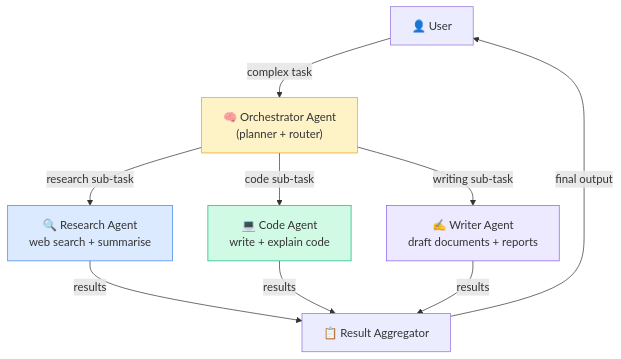
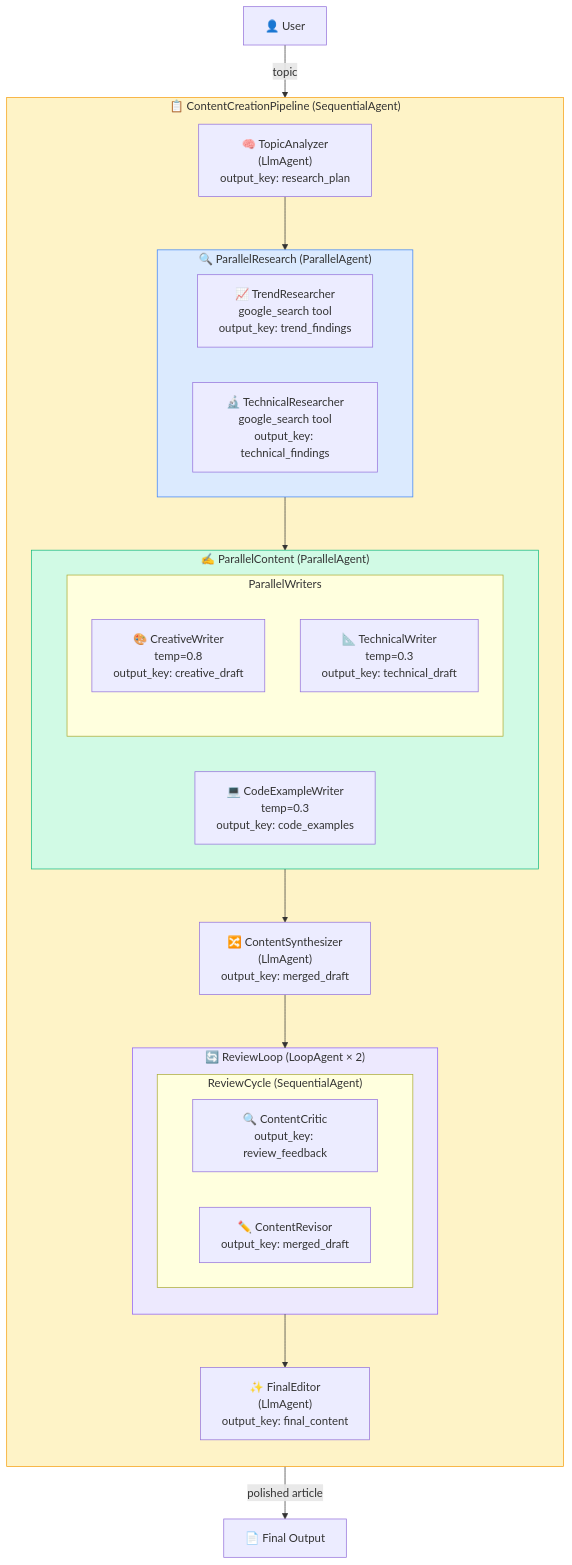
The diagram in demos/01-multi-agent-orchestration/README.md (niteshwalia0124/nw-agentic-demos), drawn with Mermaid before and after one commit. The commit also changed other lines of this file and 13 other files, not shown here.

````diff
--- a/demos/01-multi-agent-orchestration/README.md
+++ b/demos/01-multi-agent-orchestration/README.md
@@ -17,21 +24,42 @@
 ```mermaid
 graph TD
-    User["👤 User"]
-    Orch["🧠 Orchestrator Agent\n(planner + router)"]
-    RA["🔍 Research Agent\nweb search + summarise"]
-    CA["💻 Code Agent\nwrite + explain code"]
-    WA["✍️ Writer Agent\ndraft documents + reports"]
-    Results["📋 Result Aggregator"]
+    User["👤 User"] -->|"topic"| Pipeline
 
-    User -->|"complex task"| Orch
-    Orch -->|"research sub-task"| RA
-    Orch -->|"code sub-task"| CA
-    Orch -->|"writing sub-task"| WA
-    RA & CA & WA -->|"results"| Results
-    Results -->|"final output"| User
+    subgraph Pipeline["📋 ContentCreationPipeline (SequentialAgent)"]
+        direction TB
+        TA["🧠 TopicAnalyzer\n(LlmAgent)\noutput_key: research_plan"]
 
-    style Orch fill:#fef3c7,stroke:#f59e0b
-    style RA fill:#dbeafe,stroke:#3b82f6
-    style CA fill:#d1fae5,stroke:#10b981
-    style WA fill:#ede9fe,stroke:#8b5cf6
+        subgraph PR["🔍 ParallelResearch (ParallelAgent)"]
+            TR["📈 TrendResearcher\ngoogle_search tool\noutput_key: trend_findings"]
+            TechR["🔬 TechnicalResearcher\ngoogle_search tool\noutput_key: technical_findings"]
+        end
+
+        subgraph PC["✍️ ParallelContent (ParallelAgent)"]
+            subgraph PW["ParallelWriters"]
+                CW["🎨 CreativeWriter\ntemp=0.8\noutput_key: creative_draft"]
+                TW["📐 TechnicalWriter\ntemp=0.3\noutput_key: technical_draft"]
+            end
+            CE["💻 CodeExampleWriter\ntemp=0.3\noutput_key: code_examples"]
+        end
+
+        CS["🔀 ContentSynthesizer\n(LlmAgent)\noutput_key: merged_draft"]
+
+        subgraph RL["🔄 ReviewLoop (LoopAgent × 2)"]
+            subgraph RC["ReviewCycle (SequentialAgent)"]
+                Critic["🔍 ContentCritic\noutput_key: review_feedback"]
+                Revisor["✏️ ContentRevisor\noutput_key: merged_draft"]
+            end
+        end
+
+        FE["✨ FinalEditor\n(LlmAgent)\noutput_key: final_content"]
+
+        TA --> PR --> PC --> CS --> RL --> FE
+    end
+
+    FE -->|"polished article"| Output["📄 Final Output"]
+
+    style Pipeline fill:#fef3c7,stroke:#f59e0b
+    style PR fill:#dbeafe,stroke:#3b82f6
+    style PC fill:#d1fae5,stroke:#10b981
+    style RL fill:#ede9fe,stroke:#8b5cf6
 ```
````
